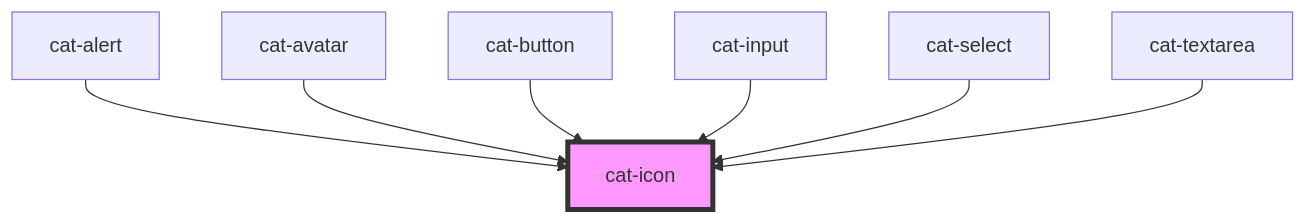
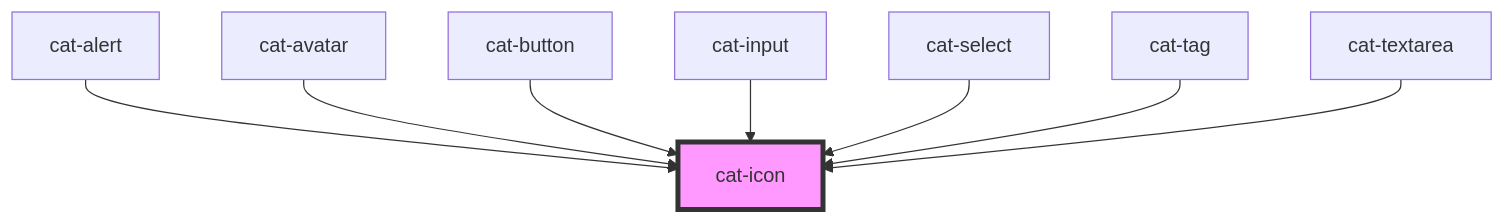
The diagram in core/src/components/cat-icon/readme.md (haiilo/catalyst), drawn with Mermaid before and after one commit. The commit also changed other lines of this file and 8 other files, not shown here.

````diff
--- a/core/src/components/cat-icon/readme.md
+++ b/core/src/components/cat-icon/readme.md
@@ -47,10 +48,11 @@
 ```mermaid
 graph TD;
   cat-alert --> cat-icon
   cat-avatar --> cat-icon
   cat-button --> cat-icon
   cat-input --> cat-icon
   cat-select --> cat-icon
+  cat-tag --> cat-icon
   cat-textarea --> cat-icon
   style cat-icon fill:#f9f,stroke:#333,stroke-width:4px
 ```
````
